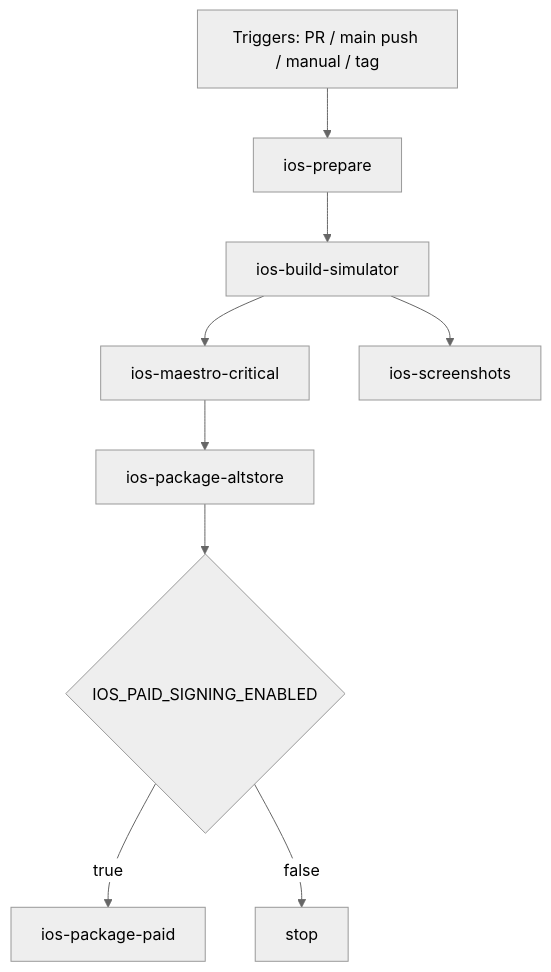
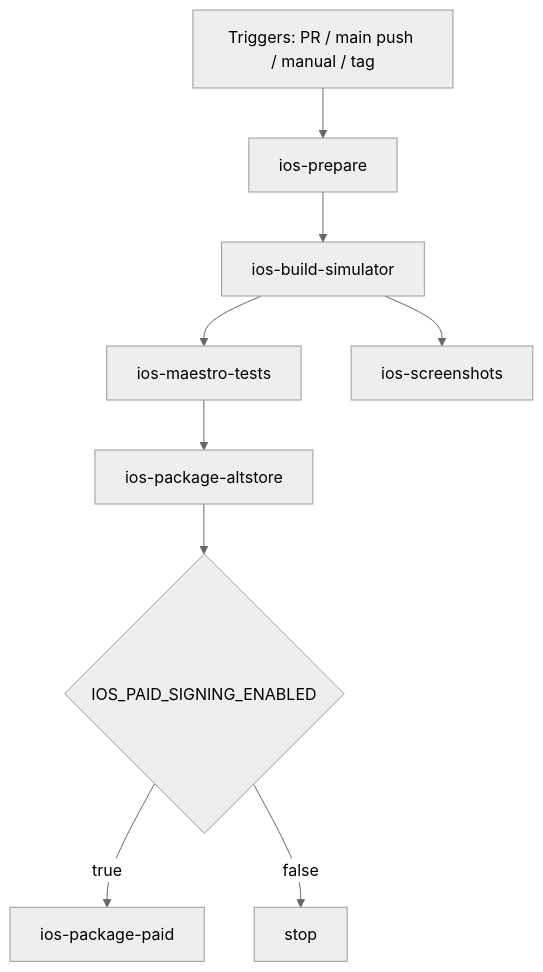
One commit to chrisgleissner/c64commander changed the first of 3 diagrams in doc/research/ios-porting-research.md. Above: the diagram before and after it, drawn with Mermaid (neutral theme). The commit also changed other lines of this file and 2 other files, not shown here.

First line of the commit message:
ci: parallelize iOS Maestro into 6-job matrix build

````diff
--- a/doc/research/ios-porting-research.md
+++ b/doc/research/ios-porting-research.md
@@ -173,11 +173,11 @@
 ```mermaid
 flowchart TD
   T[Triggers: PR / main push / manual / tag] --> P[ios-prepare]
   P --> B[ios-build-simulator]
-  B --> M[ios-maestro-critical]
+  B --> M[ios-maestro-tests]
   B --> S[ios-screenshots]
   M --> A[ios-package-altstore]
   A --> D{IOS_PAID_SIGNING_ENABLED}
   D -- true --> R[ios-package-paid]
   D -- false --> X[stop]
 ```
````
